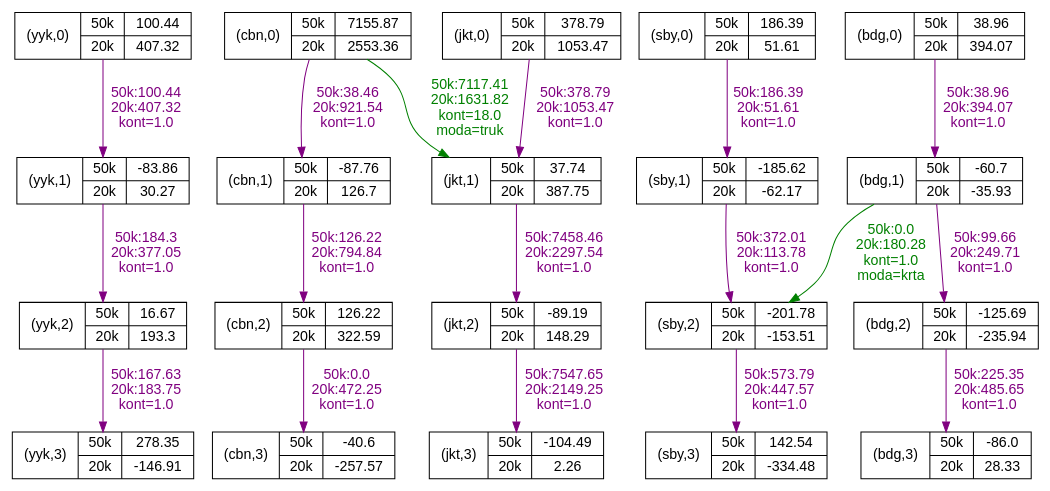
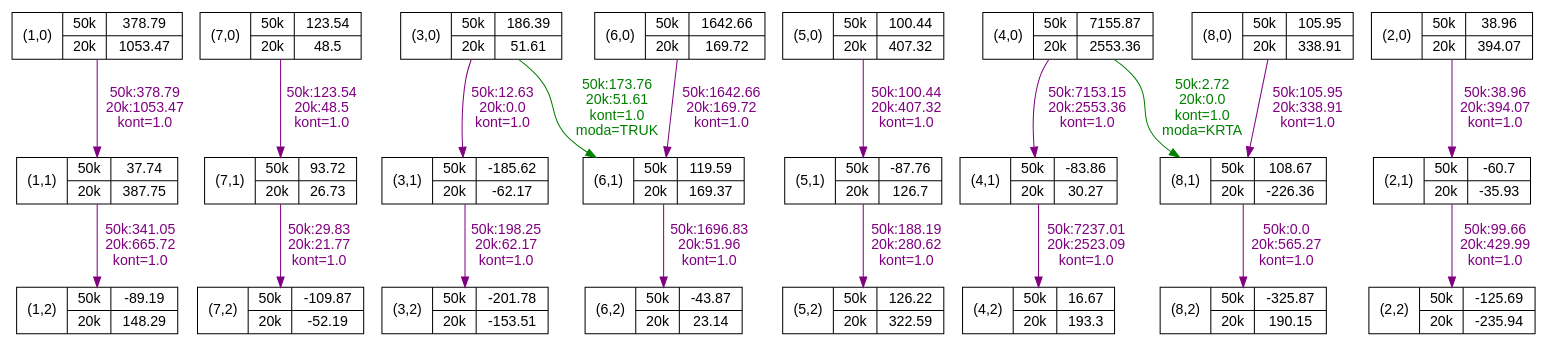
Before and after one commit to kreikrei/tugas-akhir: the diagram in demo/complete.dot, drawn with Graphviz. The commit also changed 49 other files, not shown here.

```diff
--- a/demo/complete.dot
+++ b/demo/complete.dot
@@ -1,95 +1,106 @@
 digraph complete {
-    node [shape=record];    "(yyk,0)" [label="(yyk,0)
-| {50k|20k} |{{100.44} | {407.32}}"] [fontname="Helvetica"] [pos="yyk,0!"];
-    "(yyk,3)" [label="(yyk,3)
- | {50k|20k} |{{278.35} | {-146.91}}"] [fontname="Helvetica"] [pos="yyk,3!"];
-    "(cbn,2)" [label="(cbn,2)
- | {50k|20k} |{{126.22} | {322.59}}"] [fontname="Helvetica"] [pos="cbn,2!"];
-    "(cbn,1)" [label="(cbn,1)
- | {50k|20k} |{{-87.76} | {126.7}}"] [fontname="Helvetica"] [pos="cbn,1!"];
-    "(jkt,3)" [label="(jkt,3)
- | {50k|20k} |{{-104.49} | {2.26}}"] [fontname="Helvetica"] [pos="jkt,3!"];
-    "(bdg,3)" [label="(bdg,3)
- | {50k|20k} |{{-86.0} | {28.33}}"] [fontname="Helvetica"] [pos="bdg,3!"];
-    "(cbn,3)" [label="(cbn,3)
- | {50k|20k} |{{-40.6} | {-257.57}}"] [fontname="Helvetica"] [pos="cbn,3!"];
-    "(cbn,0)" [label="(cbn,0)
-| {50k|20k} |{{7155.87} | {2553.36}}"] [fontname="Helvetica"] [pos="cbn,0!"];
-    "(sby,3)" [label="(sby,3)
- | {50k|20k} |{{142.54} | {-334.48}}"] [fontname="Helvetica"] [pos="sby,3!"];
-    "(sby,1)" [label="(sby,1)
- | {50k|20k} |{{-185.62} | {-62.17}}"] [fontname="Helvetica"] [pos="sby,1!"];
-    "(bdg,2)" [label="(bdg,2)
- | {50k|20k} |{{-125.69} | {-235.94}}"] [fontname="Helvetica"] [pos="bdg,2!"];
-    "(yyk,1)" [label="(yyk,1)
- | {50k|20k} |{{-83.86} | {30.27}}"] [fontname="Helvetica"] [pos="yyk,1!"];
-    "(jkt,1)" [label="(jkt,1)
- | {50k|20k} |{{37.74} | {387.75}}"] [fontname="Helvetica"] [pos="jkt,1!"];
-    "(jkt,0)" [label="(jkt,0)
-| {50k|20k} |{{378.79} | {1053.47}}"] [fontname="Helvetica"] [pos="jkt,0!"];
-    "(sby,2)" [label="(sby,2)
- | {50k|20k} |{{-201.78} | {-153.51}}"] [fontname="Helvetica"] [pos="sby,2!"];
-    "(yyk,2)" [label="(yyk,2)
- | {50k|20k} |{{16.67} | {193.3}}"] [fontname="Helvetica"] [pos="yyk,2!"];
-    "(bdg,0)" [label="(bdg,0)
-| {50k|20k} |{{38.96} | {394.07}}"] [fontname="Helvetica"] [pos="bdg,0!"];
-    "(jkt,2)" [label="(jkt,2)
- | {50k|20k} |{{-89.19} | {148.29}}"] [fontname="Helvetica"] [pos="jkt,2!"];
-    "(bdg,1)" [label="(bdg,1)
- | {50k|20k} |{{-60.7} | {-35.93}}"] [fontname="Helvetica"] [pos="bdg,1!"];
-    "(sby,0)" [label="(sby,0)
-| {50k|20k} |{{186.39} | {51.61}}"] [fontname="Helvetica"] [pos="sby,0!"];
-    "(yyk,0)" -> "(yyk,1)" [label="50k:100.44
+    node [shape=record];    "(1,2)" [label="(1,2)
+ | {50k|20k} |{{-89.19} | {148.29}}"] [fontname="Helvetica"] [pos="1,2!"];
+    "(7,0)" [label="(7,0)
+| {50k|20k} |{{123.54} | {48.5}}"] [fontname="Helvetica"] [pos="7,0!"];
+    "(3,0)" [label="(3,0)
+| {50k|20k} |{{186.39} | {51.61}}"] [fontname="Helvetica"] [pos="3,0!"];
+    "(3,2)" [label="(3,2)
+ | {50k|20k} |{{-201.78} | {-153.51}}"] [fontname="Helvetica"] [pos="3,2!"];
+    "(7,1)" [label="(7,1)
+ | {50k|20k} |{{93.72} | {26.73}}"] [fontname="Helvetica"] [pos="7,1!"];
+    "(6,0)" [label="(6,0)
+| {50k|20k} |{{1642.66} | {169.72}}"] [fontname="Helvetica"] [pos="6,0!"];
+    "(1,0)" [label="(1,0)
+| {50k|20k} |{{378.79} | {1053.47}}"] [fontname="Helvetica"] [pos="1,0!"];
+    "(5,0)" [label="(5,0)
+| {50k|20k} |{{100.44} | {407.32}}"] [fontname="Helvetica"] [pos="5,0!"];
+    "(5,1)" [label="(5,1)
+ | {50k|20k} |{{-87.76} | {126.7}}"] [fontname="Helvetica"] [pos="5,1!"];
+    "(4,1)" [label="(4,1)
+ | {50k|20k} |{{-83.86} | {30.27}}"] [fontname="Helvetica"] [pos="4,1!"];
+    "(2,2)" [label="(2,2)
+ | {50k|20k} |{{-125.69} | {-235.94}}"] [fontname="Helvetica"] [pos="2,2!"];
+    "(3,1)" [label="(3,1)
+ | {50k|20k} |{{-185.62} | {-62.17}}"] [fontname="Helvetica"] [pos="3,1!"];
+    "(8,2)" [label="(8,2)
+ | {50k|20k} |{{-325.87} | {190.15}}"] [fontname="Helvetica"] [pos="8,2!"];
+    "(7,2)" [label="(7,2)
+ | {50k|20k} |{{-109.87} | {-52.19}}"] [fontname="Helvetica"] [pos="7,2!"];
+    "(8,0)" [label="(8,0)
+| {50k|20k} |{{105.95} | {338.91}}"] [fontname="Helvetica"] [pos="8,0!"];
+    "(4,0)" [label="(4,0)
+| {50k|20k} |{{7155.87} | {2553.36}}"] [fontname="Helvetica"] [pos="4,0!"];
+    "(6,2)" [label="(6,2)
+ | {50k|20k} |{{-43.87} | {23.14}}"] [fontname="Helvetica"] [pos="6,2!"];
+    "(6,1)" [label="(6,1)
+ | {50k|20k} |{{119.59} | {169.37}}"] [fontname="Helvetica"] [pos="6,1!"];
+    "(1,1)" [label="(1,1)
+ | {50k|20k} |{{37.74} | {387.75}}"] [fontname="Helvetica"] [pos="1,1!"];
+    "(4,2)" [label="(4,2)
+ | {50k|20k} |{{16.67} | {193.3}}"] [fontname="Helvetica"] [pos="4,2!"];
+    "(2,1)" [label="(2,1)
+ | {50k|20k} |{{-60.7} | {-35.93}}"] [fontname="Helvetica"] [pos="2,1!"];
+    "(5,2)" [label="(5,2)
+ | {50k|20k} |{{126.22} | {322.59}}"] [fontname="Helvetica"] [pos="5,2!"];
+    "(2,0)" [label="(2,0)
+| {50k|20k} |{{38.96} | {394.07}}"] [fontname="Helvetica"] [pos="2,0!"];
+    "(8,1)" [label="(8,1)
+ | {50k|20k} |{{108.67} | {-226.36}}"] [fontname="Helvetica"] [pos="8,1!"];
+    "(7,0)" -> "(7,1)" [label="50k:123.54
+ 20k:48.5
+ kont=1.0"] [fontcolor=purple] [color=purple] [fontname="Helvetica"] [nojust=true];
+    "(3,0)" -> "(6,1)" [label="50k:173.76
+ 20k:51.61
+ kont=1.0
+ moda=TRUK"] [fontcolor=green] [color=green] [fontname="Helvetica"] [nojust=true];
+    "(3,0)" -> "(3,1)" [label="50k:12.63
+ 20k:0.0
+ kont=1.0"] [fontcolor=purple] [color=purple] [fontname="Helvetica"] [nojust=true];
+    "(7,1)" -> "(7,2)" [label="50k:29.83
+ 20k:21.77
+ kont=1.0"] [fontcolor=purple] [color=purple] [fontname="Helvetica"] [nojust=true];
+    "(6,0)" -> "(6,1)" [label="50k:1642.66
+ 20k:169.72
+ kont=1.0"] [fontcolor=purple] [color=purple] [fontname="Helvetica"] [nojust=true];
+    "(1,0)" -> "(1,1)" [label="50k:378.79
+ 20k:1053.47
+ kont=1.0"] [fontcolor=purple] [color=purple] [fontname="Helvetica"] [nojust=true];
+    "(5,0)" -> "(5,1)" [label="50k:100.44
  20k:407.32
  kont=1.0"] [fontcolor=purple] [color=purple] [fontname="Helvetica"] [nojust=true];
-    "(cbn,2)" -> "(cbn,3)" [label="50k:0.0
- 20k:472.25
+    "(5,1)" -> "(5,2)" [label="50k:188.19
+ 20k:280.62
  kont=1.0"] [fontcolor=purple] [color=purple] [fontname="Helvetica"] [nojust=true];
-    "(cbn,1)" -> "(cbn,2)" [label="50k:126.22
- 20k:794.84
+    "(4,1)" -> "(4,2)" [label="50k:7237.01
+ 20k:2523.09
  kont=1.0"] [fontcolor=purple] [color=purple] [fontname="Helvetica"] [nojust=true];
-    "(cbn,0)" -> "(jkt,1)" [label="50k:7117.41
- 20k:1631.82
- kont=18.0
- moda=truk"] [fontcolor=green] [color=green] [fontname="Helvetica"] [nojust=true];
-    "(cbn,0)" -> "(cbn,1)" [label="50k:38.46
- 20k:921.54
+    "(3,1)" -> "(3,2)" [label="50k:198.25
+ 20k:62.17
  kont=1.0"] [fontcolor=purple] [color=purple] [fontname="Helvetica"] [nojust=true];
-    "(sby,1)" -> "(sby,2)" [label="50k:372.01
- 20k:113.78
+    "(8,0)" -> "(8,1)" [label="50k:105.95
+ 20k:338.91
  kont=1.0"] [fontcolor=purple] [color=purple] [fontname="Helvetica"] [nojust=true];
-    "(bdg,2)" -> "(bdg,3)" [label="50k:225.35
- 20k:485.65
+    "(4,0)" -> "(4,1)" [label="50k:7153.15
+ 20k:2553.36
  kont=1.0"] [fontcolor=purple] [color=purple] [fontname="Helvetica"] [nojust=true];
-    "(yyk,1)" -> "(yyk,2)" [label="50k:184.3
- 20k:377.05
+    "(4,0)" -> "(8,1)" [label="50k:2.72
+ 20k:0.0
+ kont=1.0
+ moda=KRTA"] [fontcolor=green] [color=green] [fontname="Helvetica"] [nojust=true];
+    "(6,1)" -> "(6,2)" [label="50k:1696.83
+ 20k:51.96
  kont=1.0"] [fontcolor=purple] [color=purple] [fontname="Helvetica"] [nojust=true];
-    "(jkt,1)" -> "(jkt,2)" [label="50k:7458.46
- 20k:2297.54
+    "(1,1)" -> "(1,2)" [label="50k:341.05
+ 20k:665.72
  kont=1.0"] [fontcolor=purple] [color=purple] [fontname="Helvetica"] [nojust=true];
-    "(jkt,0)" -> "(jkt,1)" [label="50k:378.79
- 20k:1053.47
+    "(2,1)" -> "(2,2)" [label="50k:99.66
+ 20k:429.99
  kont=1.0"] [fontcolor=purple] [color=purple] [fontname="Helvetica"] [nojust=true];
-    "(sby,2)" -> "(sby,3)" [label="50k:573.79
- 20k:447.57
- kont=1.0"] [fontcolor=purple] [color=purple] [fontname="Helvetica"] [nojust=true];
-    "(yyk,2)" -> "(yyk,3)" [label="50k:167.63
- 20k:183.75
- kont=1.0"] [fontcolor=purple] [color=purple] [fontname="Helvetica"] [nojust=true];
-    "(bdg,0)" -> "(bdg,1)" [label="50k:38.96
+    "(2,0)" -> "(2,1)" [label="50k:38.96
  20k:394.07
  kont=1.0"] [fontcolor=purple] [color=purple] [fontname="Helvetica"] [nojust=true];
-    "(jkt,2)" -> "(jkt,3)" [label="50k:7547.65
- 20k:2149.25
- kont=1.0"] [fontcolor=purple] [color=purple] [fontname="Helvetica"] [nojust=true];
-    "(bdg,1)" -> "(bdg,2)" [label="50k:99.66
- 20k:249.71
- kont=1.0"] [fontcolor=purple] [color=purple] [fontname="Helvetica"] [nojust=true];
-    "(bdg,1)" -> "(sby,2)" [label="50k:0.0
- 20k:180.28
- kont=1.0
- moda=krta"] [fontcolor=green] [color=green] [fontname="Helvetica"] [nojust=true];
-    "(sby,0)" -> "(sby,1)" [label="50k:186.39
- 20k:51.61
+    "(8,1)" -> "(8,2)" [label="50k:0.0
+ 20k:565.27
  kont=1.0"] [fontcolor=purple] [color=purple] [fontname="Helvetica"] [nojust=true];
 }
```
